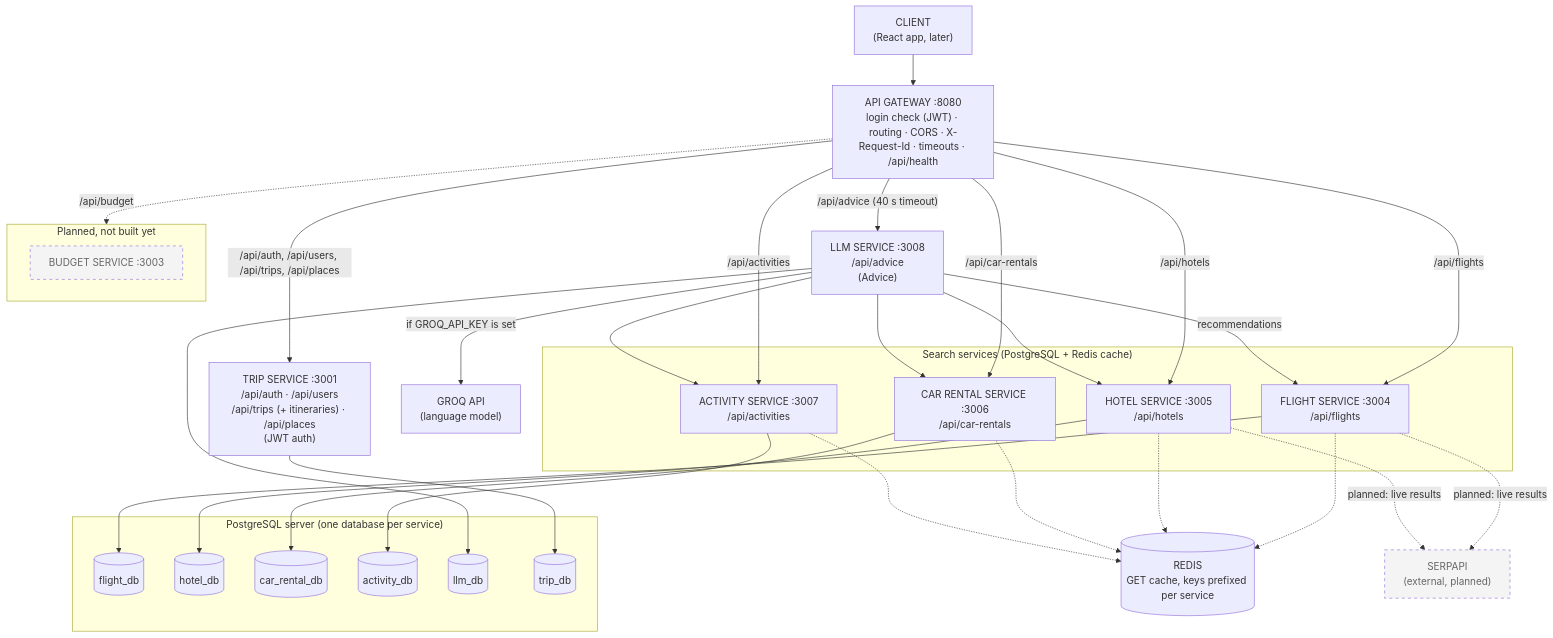
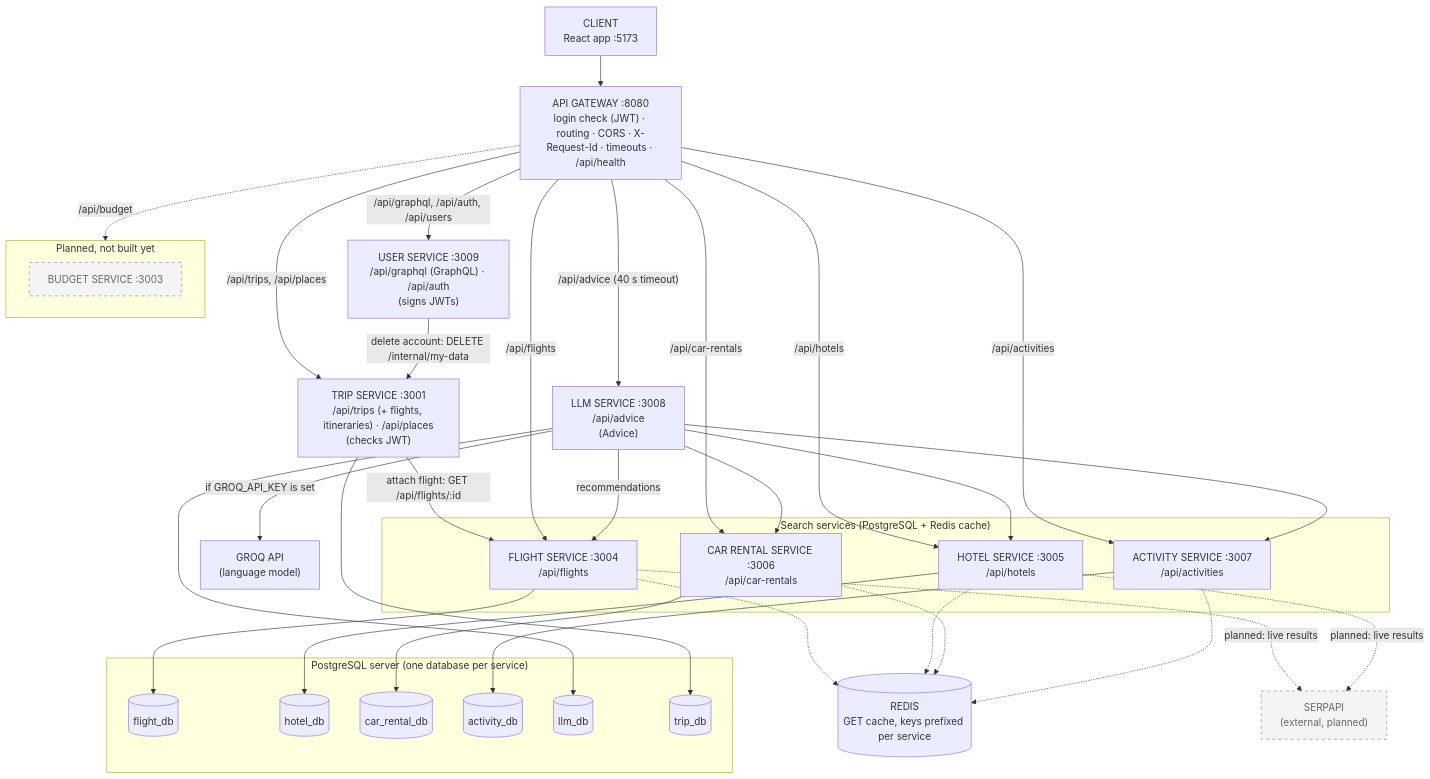
One commit to EricchuftwOmO/Travel-Assistant changed the first of 5 diagrams in docs/ARCHITECTURE.md. Above: the diagram before and after it, drawn with Mermaid. The commit also changed other lines of this file and 86 other files, not shown here.

First line of the commit message:
Add GraphQL user service, React frontend, profile page and Google Places

````diff
--- a/docs/ARCHITECTURE.md
+++ b/docs/ARCHITECTURE.md
@@ -7,69 +7,73 @@
 ```mermaid
 flowchart TB
-    client["CLIENT<br/>(React app, later)"]
+    client["CLIENT<br/>React app :5173"]
     gateway["API GATEWAY :8080<br/>login check (JWT) · routing · CORS · X-Request-Id · timeouts · /api/health"]
 
     client --> gateway
 
     subgraph planned["Planned, not built yet"]
         direction LR
         budget["BUDGET SERVICE :3003"]:::planned
     end
 
-    trip["TRIP SERVICE :3001<br/>/api/auth · /api/users<br/>/api/trips (+ itineraries) · /api/places<br/>(JWT auth)"]
+    user["USER SERVICE :3009<br/>/api/graphql (GraphQL) · /api/auth<br/>(signs JWTs)"]
+    trip["TRIP SERVICE :3001<br/>/api/trips (+ flights, itineraries) · /api/places<br/>(checks JWT)"]
 
-    gateway -->|"/api/auth, /api/users, /api/trips, /api/places"| trip
+    gateway -->|"/api/graphql, /api/auth, /api/users"| user
+    gateway -->|"/api/trips, /api/places"| trip
+    user -->|"delete account: DELETE /internal/my-data"| trip
+    trip -->|"attach flight: GET /api/flights/:id"| flight
     gateway -.->|"/api/budget"| budget
 
     subgraph search["Search services (PostgreSQL + Redis cache)"]
         flight["FLIGHT SERVICE :3004<br/>/api/flights"]
         hotel["HOTEL SERVICE :3005<br/>/api/hotels"]
         car["CAR RENTAL SERVICE :3006<br/>/api/car-rentals"]
         activity["ACTIVITY SERVICE :3007<br/>/api/activities"]
     end
 
     llm["LLM SERVICE :3008<br/>/api/advice<br/>(Advice)"]
 
     gateway -->|"/api/flights"| flight
     gateway -->|"/api/hotels"| hotel
     gateway -->|"/api/car-rentals"| car
     gateway -->|"/api/activities"| activity
     gateway -->|"/api/advice (40 s timeout)"| llm
 
     subgraph pg["PostgreSQL server (one database per service)"]
         fdb[("flight_db")]
         hdb[("hotel_db")]
         cdb[("car_rental_db")]
         adb[("activity_db")]
         ldb[("llm_db")]
         tdb[("trip_db")]
     end
 
     redis[("REDIS<br/>GET cache, keys prefixed per service")]
 
     flight --> fdb
     hotel --> hdb
     car --> cdb
     activity --> adb
     llm --> ldb
     trip --> tdb
 
     flight -.-> redis
     hotel -.-> redis
     car -.-> redis
     activity -.-> redis
 
     groq["GROQ API<br/>(language model)"]
     llm -->|"if GROQ_API_KEY is set"| groq
 
     serpapi["SERPAPI<br/>(external, planned)"]:::planned
     flight -.->|"planned: live results"| serpapi
     hotel -.->|"planned: live results"| serpapi
 
     llm -->|"recommendations"| flight
     llm --> hotel
     llm --> car
     llm --> activity
 
     classDef planned stroke-dasharray: 5 5,fill:#f4f4f4,color:#666
 ```
````
